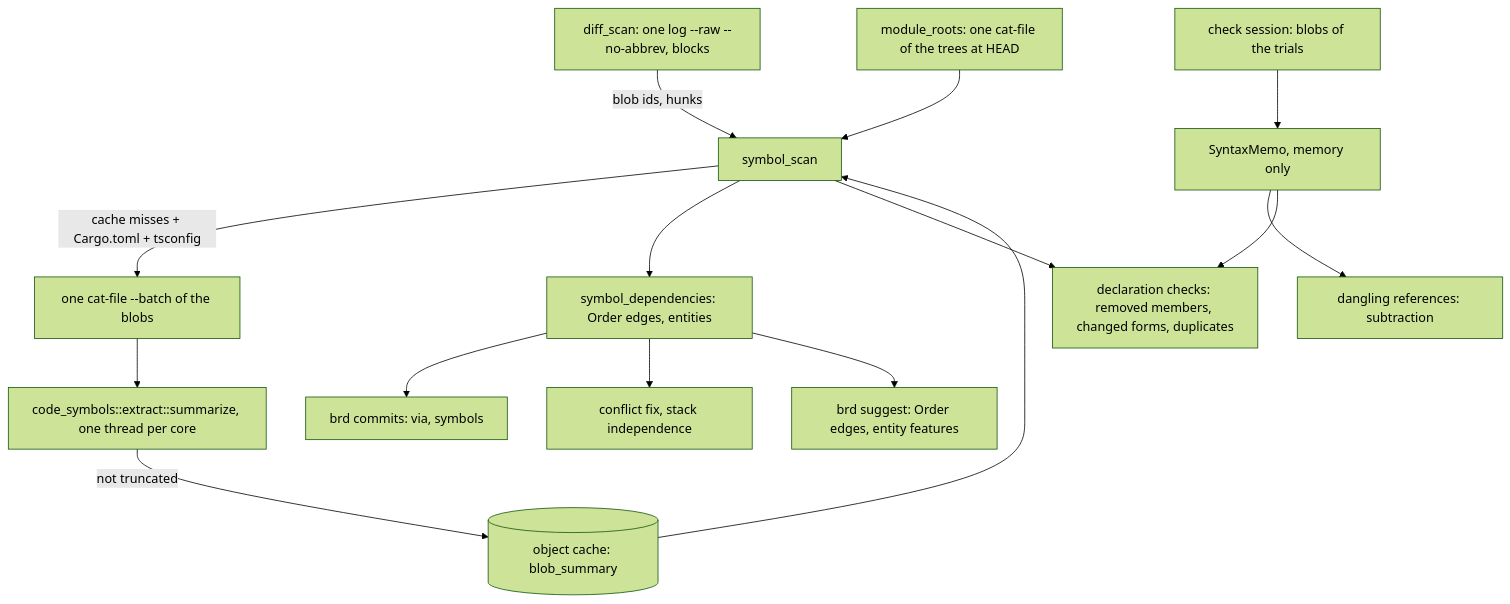
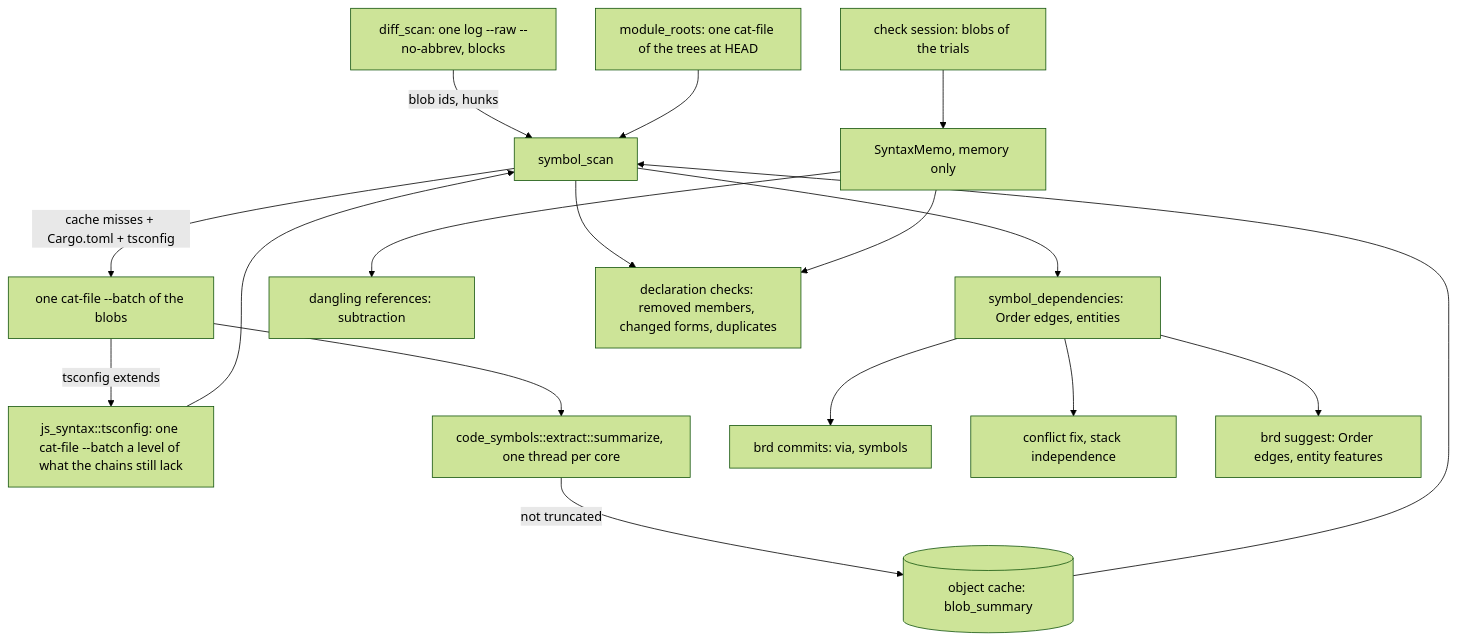
The diagram in docs/design/symbol-dependencies.md (develar/branch-deck), drawn with Mermaid (forest theme) before and after one commit. The commit also changed other lines of this file and 13 other files, not shown here.

````diff
--- a/docs/design/symbol-dependencies.md
+++ b/docs/design/symbol-dependencies.md
@@ -51,16 +51,18 @@
 ```mermaid
 flowchart TD
     D[diff_scan: one log --raw --no-abbrev, blocks] -->|blob ids, hunks| S[symbol_scan]
     R[module_roots: one cat-file of the trees at HEAD] --> S
     S -->|cache misses + Cargo.toml + tsconfig| C[one cat-file --batch of the blobs]
+    C -->|tsconfig extends| E[js_syntax::tsconfig: one cat-file --batch a level of what the chains still lack]
+    E --> S
     C --> P[code_symbols::extract::summarize, one thread per core]
     P -->|not truncated| O[(object cache: blob_summary)]
     O --> S
     S --> G[symbol_dependencies: Order edges, entities]
     G --> B[brd commits: via, symbols]
     G --> F[conflict fix, stack independence]
     G --> U[brd suggest: Order edges, entity features]
     S2[check session: blobs of the trials] --> M[SyntaxMemo, memory only] --> X[dangling references: subtraction]
     S --> T[declaration checks: removed members, changed forms, duplicates]
     M --> T
 ```
````
